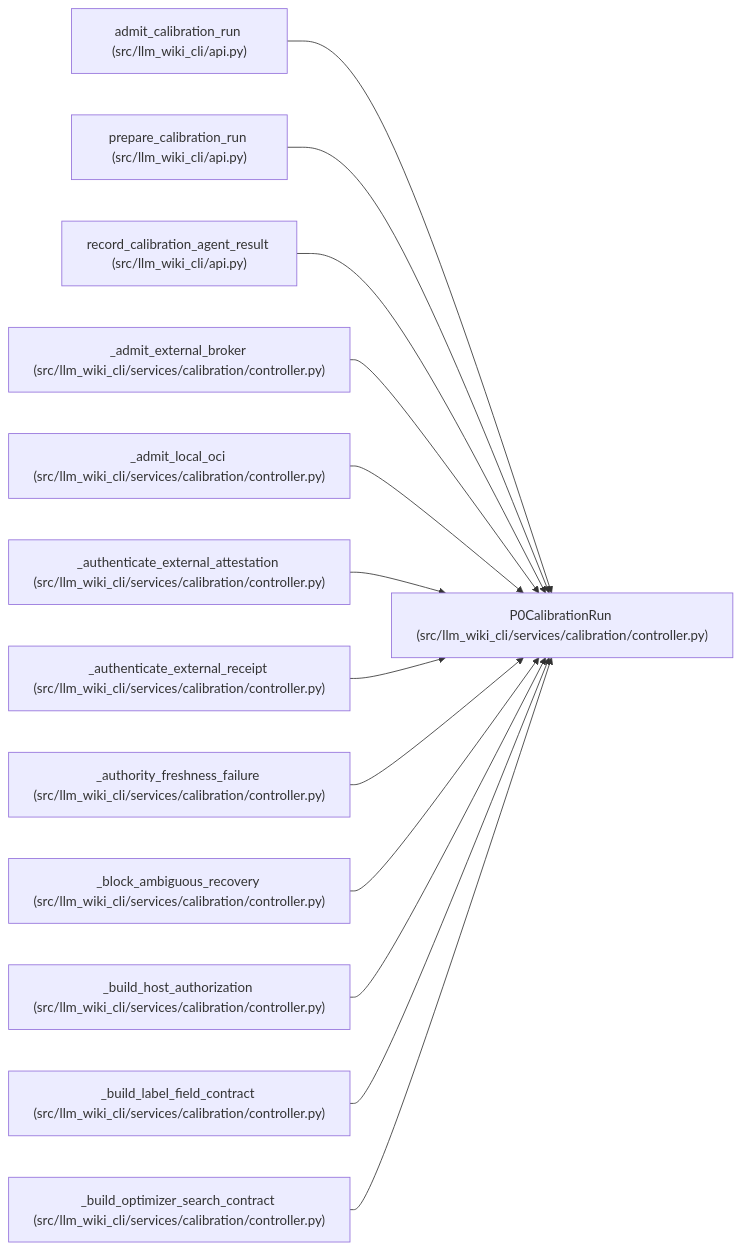
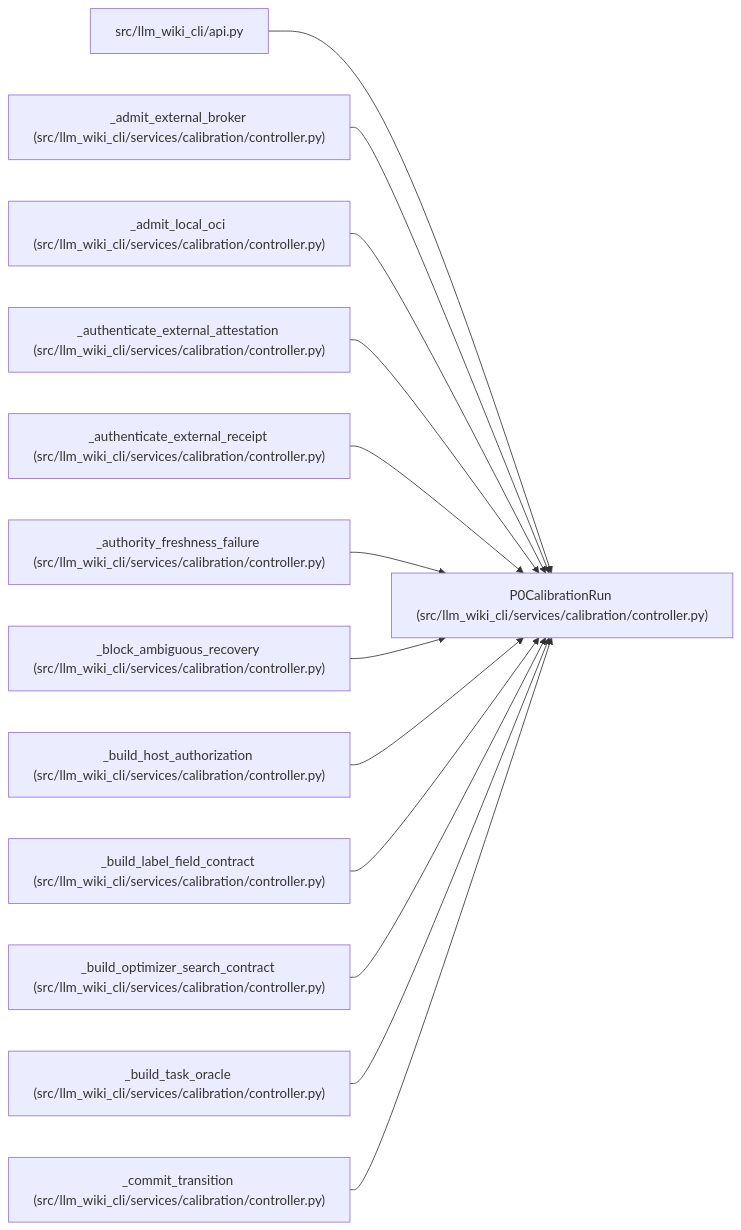
One commit to Denissvgn/python-wiki-llm changed the diagram in docs/llm_wiki/entities/P0CalibrationRun.md. Above: the diagram before and after it, drawn with Mermaid. The commit also changed other lines of this file and 631 other files, not shown here.

````diff
--- a/docs/llm_wiki/entities/P0CalibrationRun.md
+++ b/docs/llm_wiki/entities/P0CalibrationRun.md
@@ -35,41 +35,41 @@
 ```mermaid
 flowchart LR
     n0["P0CalibrationRun (src/llm_wiki_cli/services/calibration/controller.py)"]
-    n1["admit_calibration_run (src/llm_wiki_cli/api.py)"]
-    n2["prepare_calibration_run (src/llm_wiki_cli/api.py)"]
-    n3["record_calibration_agent_result (src/llm_wiki_cli/api.py)"]
-    n4["_admit_external_broker (src/llm_wiki_cli/services/calibration/controller.py)"]
-    n5["_admit_local_oci (src/llm_wiki_cli/services/calibration/controller.py)"]
-    n6["_authenticate_external_attestation (src/llm_wiki_cli/services/calibration/controller.py)"]
-    n7["_authenticate_external_receipt (src/llm_wiki_cli/services/calibration/controller.py)"]
-    n8["_authority_freshness_failure (src/llm_wiki_cli/services/calibration/controller.py)"]
-    n9["_block_ambiguous_recovery (src/llm_wiki_cli/services/calibration/controller.py)"]
-    n10["_build_host_authorization (src/llm_wiki_cli/services/calibration/controller.py)"]
-    n11["_build_label_field_contract (src/llm_wiki_cli/services/calibration/controller.py)"]
-    n12["_build_optimizer_search_contract (src/llm_wiki_cli/services/calibration/controller.py)"]
+    n1["src/llm_wiki_cli/api.py"]
+    n2["_admit_external_broker (src/llm_wiki_cli/services/calibration/controller.py)"]
+    n3["_admit_local_oci (src/llm_wiki_cli/services/calibration/controller.py)"]
+    n4["_authenticate_external_attestation (src/llm_wiki_cli/services/calibration/controller.py)"]
+    n5["_authenticate_external_receipt (src/llm_wiki_cli/services/calibration/controller.py)"]
+    n6["_authority_freshness_failure (src/llm_wiki_cli/services/calibration/controller.py)"]
+    n7["_block_ambiguous_recovery (src/llm_wiki_cli/services/calibration/controller.py)"]
+    n8["_build_host_authorization (src/llm_wiki_cli/services/calibration/controller.py)"]
+    n9["_build_label_field_contract (src/llm_wiki_cli/services/calibration/controller.py)"]
+    n10["_build_optimizer_search_contract (src/llm_wiki_cli/services/calibration/controller.py)"]
+    n11["_build_task_oracle (src/llm_wiki_cli/services/calibration/controller.py)"]
+    n12["_commit_transition (src/llm_wiki_cli/services/calibration/controller.py)"]
     n1 --> n0
     n2 --> n0
     n3 --> n0
     n4 --> n0
     n5 --> n0
     n6 --> n0
     n7 --> n0
     n8 --> n0
     n9 --> n0
     n10 --> n0
     n11 --> n0
     n12 --> n0
     click n0 "../modules/controller.md"
     click n1 "../modules/api.md"
-    click n2 "../modules/api.md"
-    click n3 "../modules/api.md"
+    click n2 "../modules/controller.md"
+    click n3 "../modules/controller.md"
     click n4 "../modules/controller.md"
     click n5 "../modules/controller.md"
     click n6 "../modules/controller.md"
     click n7 "../modules/controller.md"
     click n8 "../modules/controller.md"
     click n9 "../modules/controller.md"
     click n10 "../modules/controller.md"
     click n11 "../modules/controller.md"
     click n12 "../modules/controller.md"
 ```
````
